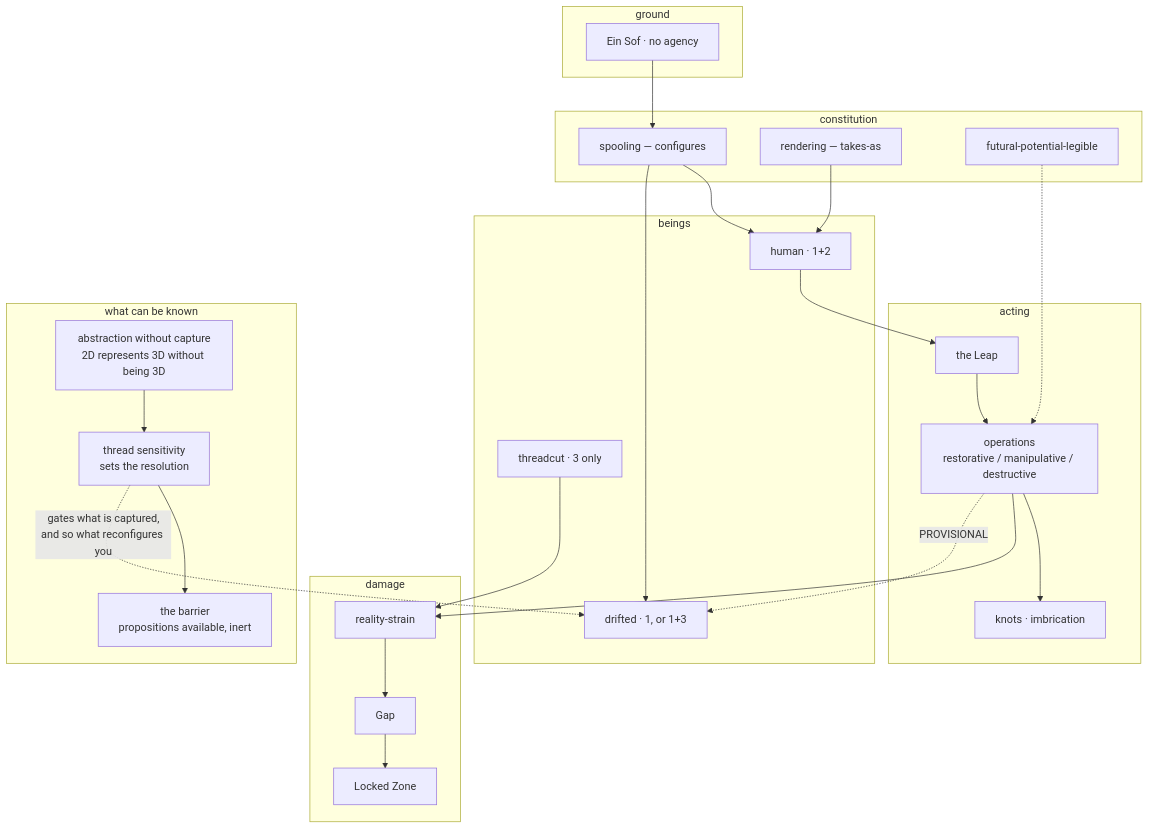
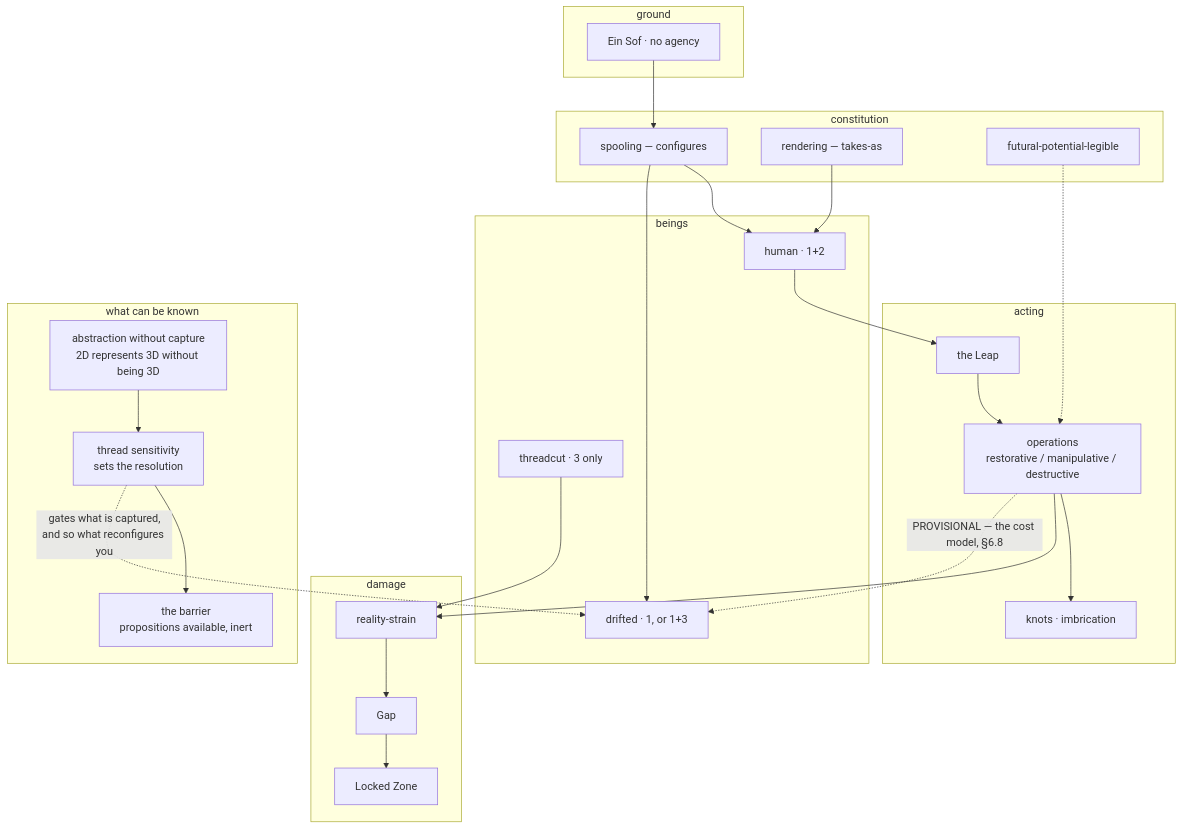
The eighth of 8 diagrams in canon/philosophy/DIAGRAM.md (jordanelias/ttrpg), drawn with Mermaid before and after one commit. The commit also changed other lines of this file and 5 other files, not shown here.

````diff
--- a/canon/philosophy/DIAGRAM.md
+++ b/canon/philosophy/DIAGRAM.md
@@ -223,43 +246,43 @@
 ```mermaid
 flowchart TB
     subgraph GROUND["ground"]
         ES["Ein Sof · no agency"]
     end
     subgraph CONST["constitution"]
         SP["spooling — configures"]
         REND["rendering — takes-as"]
         EQ["futural-potential-legible"]
     end
     subgraph BEING["beings"]
         HU["human · 1+2"]
         TC["threadcut · 3 only"]
         DR["drifted · 1, or 1+3"]
     end
     subgraph ACT["acting"]
         LEAP["the Leap"]
         OPS["operations<br/>restorative / manipulative / destructive"]
         KN["knots · imbrication"]
     end
     subgraph HARM["damage"]
         GAP["Gap"]
         LOCK["Locked Zone"]
         STRAIN["reality-strain"]
     end
     subgraph EPI["what can be known"]
         ABS["abstraction without capture<br/>2D represents 3D without being 3D"]
         TS["thread sensitivity<br/>sets the resolution"]
         BAR["the barrier<br/>propositions available, inert"]
     end
 
     ES --> SP --> HU
     SP --> DR
     REND --> HU
     EQ -.-> OPS
     HU --> LEAP --> OPS --> KN
     OPS --> STRAIN
-    OPS -.->|"PROVISIONAL"| DR
+    OPS -.->|"PROVISIONAL — the cost model, §6.8"| DR
     STRAIN --> GAP --> LOCK
     TC --> STRAIN
     ABS --> TS --> BAR
     TS -.->|"gates what is captured,<br/>and so what reconfigures you"| DR
 ```
````
